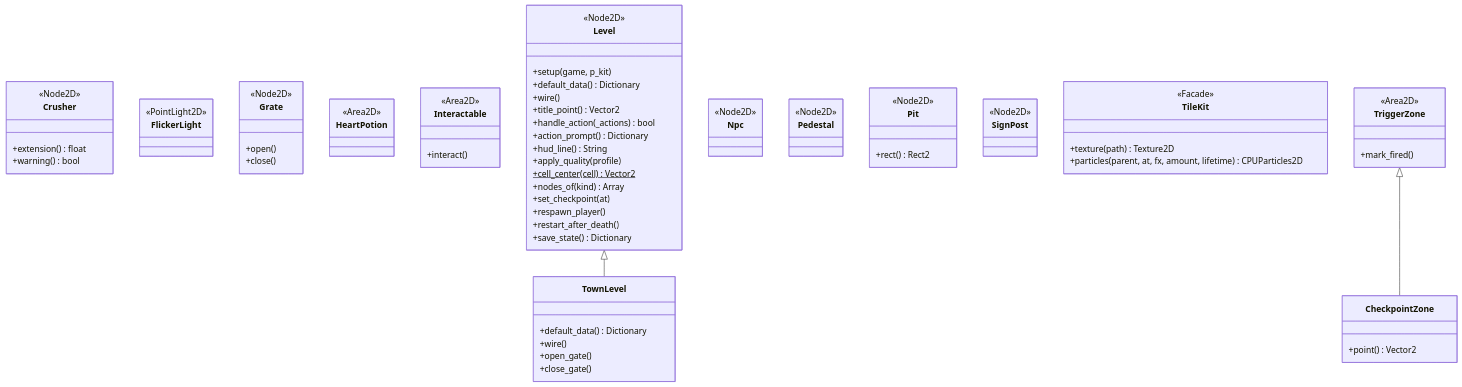
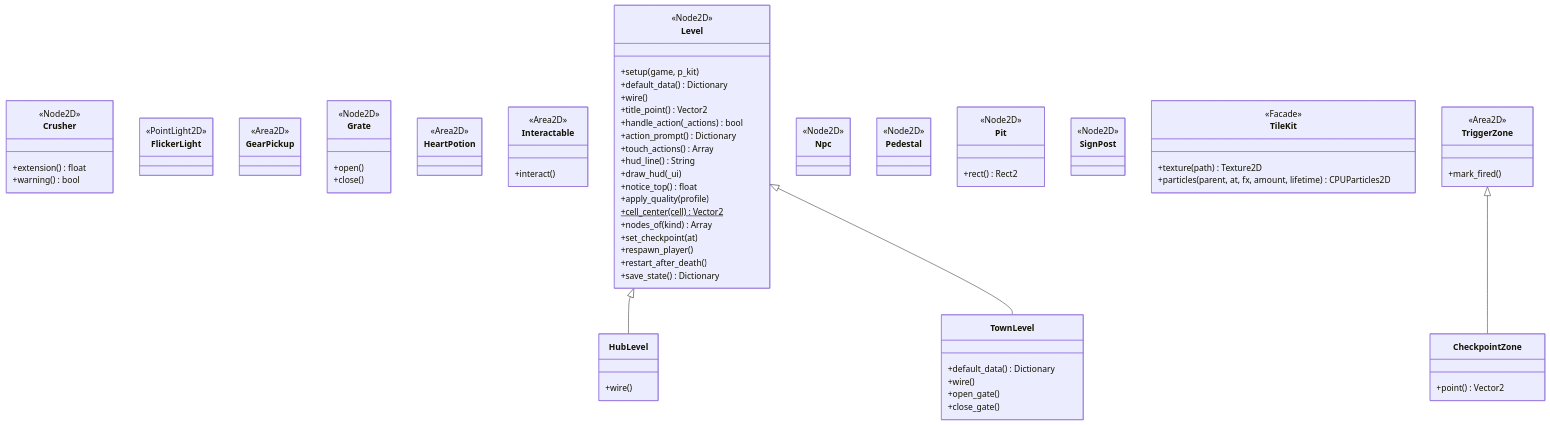
The ninth of 14 diagrams in docs/UML_COMPLETO.md (soyjuza/aritma), drawn with Mermaid before and after one commit. The commit also changed other lines of this file and 151 other files, not shown here.

````diff
--- a/docs/UML_COMPLETO.md
+++ b/docs/UML_COMPLETO.md
@@ -1184,6 +1380,9 @@
     class FlickerLight {
         <<PointLight2D>>
     }
+    class GearPickup {
+        <<Area2D>>
+    }
     class Grate {
         <<Node2D>>
         +open()
@@ -1191,6 +1390,9 @@
     }
     class HeartPotion {
         <<Area2D>>
+    }
+    class HubLevel {
+        +wire()
     }
     class Interactable {
         <<Area2D>>
@@ -1204,7 +1406,10 @@
         +title_point() Vector2
         +handle_action(_actions) bool
         +action_prompt() Dictionary
+        +touch_actions() Array
         +hud_line() String
+        +draw_hud(_ui)
+        +notice_top() float
         +apply_quality(profile)
         +cell_center(cell) Vector2$
         +nodes_of(kind) Array
@@ -1242,5 +1447,6 @@
         +mark_fired()
     }
     TriggerZone <|-- CheckpointZone
+    Level <|-- HubLevel
     Level <|-- TownLevel
 ```
````
